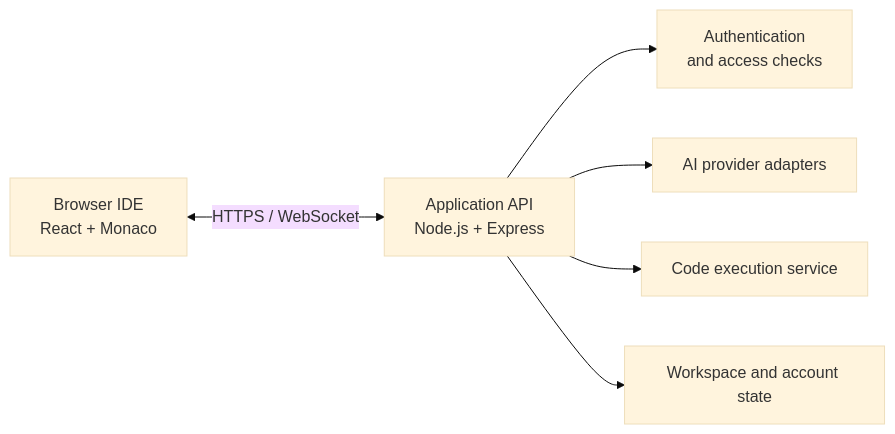
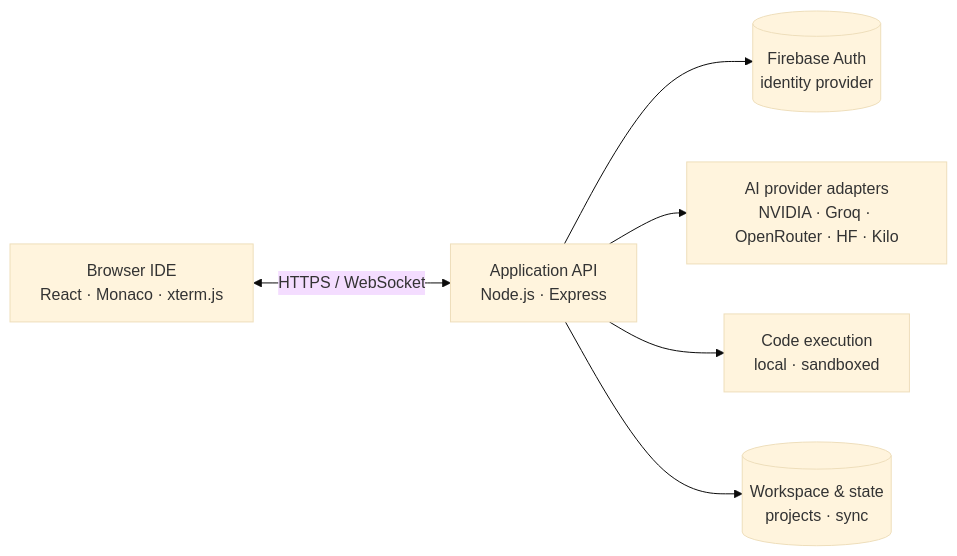
Before and after one commit to azemaxhq/azemax-studio: the diagram in readme.md, drawn with Mermaid (base theme). The commit also changed other lines of this file and 5 other files, not shown here.

````diff
--- a/readme.md
+++ b/readme.md
@@ -42,8 +159,15 @@
 ```mermaid
 flowchart LR
-    A[Browser IDE\nReact + Monaco] <-->|HTTPS / WebSocket| B[Application API\nNode.js + Express]
-    B --> C[Authentication\nand access checks]
-    B --> D[AI provider adapters]
-    B --> E[Code execution service]
-    B --> F[Workspace and account state]
+    Browser[Browser IDE<br/>React · Monaco · xterm.js]
+    API[Application API<br/>Node.js · Express]
+    Auth[(Firebase Auth<br/>identity provider)]
+    AI[AI provider adapters<br/>NVIDIA · Groq · OpenRouter · HF · Kilo]
+    Exec[Code execution<br/>local · sandboxed]
+    WS[(Workspace & state<br/>projects · sync)]
+
+    Browser <-->|HTTPS / WebSocket| API
+    API --> Auth
+    API --> AI
+    API --> Exec
+    API --> WS
 ```
````
